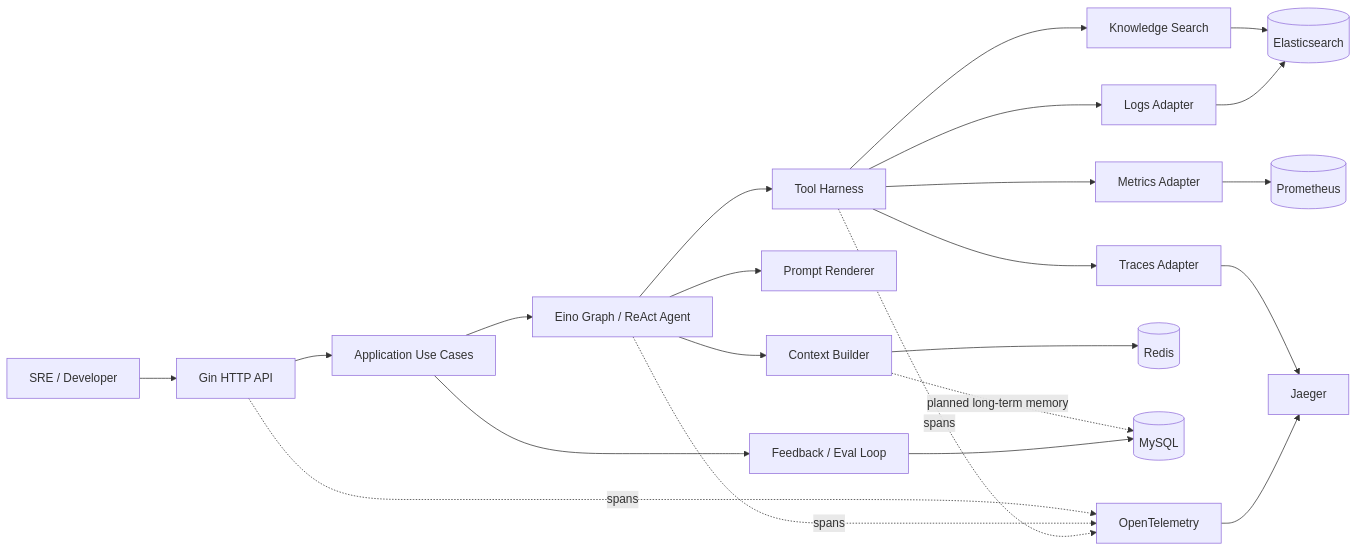
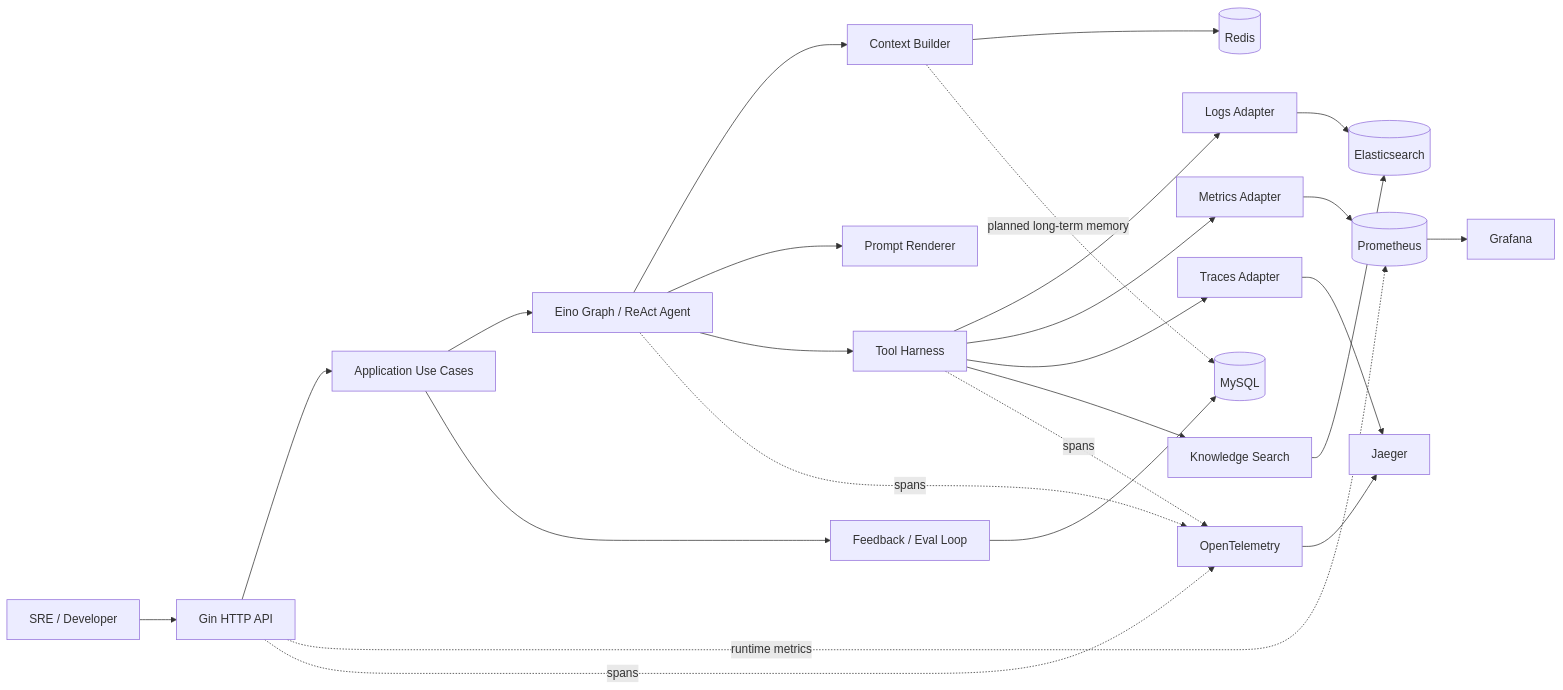
One commit to jiawei-wang-dev/WatchOps-Lite changed the first of 3 diagrams in docs/ARCHITECTURE.md. Above: the diagram before and after it, drawn with Mermaid. The commit also changed other lines of this file and 7 other files, not shown here.

````diff
--- a/docs/ARCHITECTURE.md
+++ b/docs/ARCHITECTURE.md
@@ -7,25 +7,27 @@
 ```mermaid
 flowchart LR
     U["SRE / Developer"] --> API["Gin HTTP API"]
     API --> APP["Application Use Cases"]
     APP --> AGENT["Eino Graph / ReAct Agent"]
     AGENT --> CTX["Context Builder"]
     AGENT --> PROMPT["Prompt Renderer"]
     AGENT --> HARNESS["Tool Harness"]
     HARNESS --> LOGS["Logs Adapter"]
     HARNESS --> METRICS["Metrics Adapter"]
     HARNESS --> TRACES["Traces Adapter"]
     HARNESS --> RAG["Knowledge Search"]
     CTX --> REDIS[("Redis")]
     CTX -. planned long-term memory .-> MYSQL[("MySQL")]
     RAG --> ES[("Elasticsearch")]
     LOGS --> ES
     METRICS --> PROM[("Prometheus")]
+    API -. runtime metrics .-> PROM
+    PROM --> GRAFANA["Grafana"]
     TRACES --> JAEGER
     APP --> FEEDBACK["Feedback / Eval Loop"]
     FEEDBACK --> MYSQL
     API -. spans .-> OTEL["OpenTelemetry"]
     AGENT -. spans .-> OTEL
     HARNESS -. spans .-> OTEL
     OTEL --> JAEGER["Jaeger"]
 ```
````
